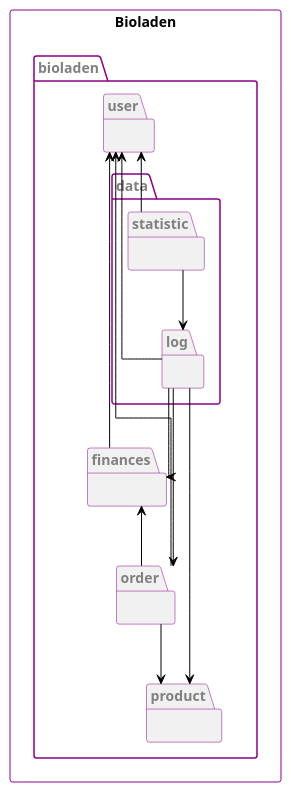
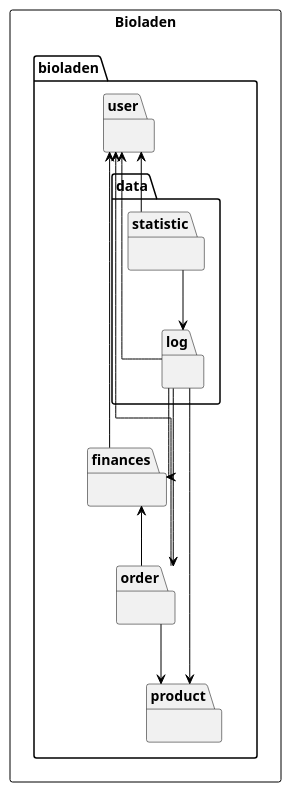
One commit to LimitlessGreen/swt18w43 changed the diagram in src/main/asciidoc/models/design/PackageDiagram.puml. Above: the diagram before and after it, drawn with PlantUML. The commit also changed 6 other files, not shown here.

```diff
--- a/src/main/asciidoc/models/design/PackageDiagram.puml
+++ b/src/main/asciidoc/models/design/PackageDiagram.puml
@@ -1,61 +1,61 @@
 @startuml
 
 skinparam class {
-	BackgroundColor #LightCoral/LightPink
+	BackgroundColor #Silver/white
     BorderColor Black
     ArrowColor  Black
 }
 
 skinparam package {
-    FontColor Grey
-    BorderColor DarkMagenta
+    FontColor black
+    BorderColor black
 }
 
 skinparam classAttributeIconSize 0
 skinparam linetype ortho
 
 
 
 rectangle Bioladen {
     namespace bioladen.user {
 
     }
 
     namespace bioladen.finances {
 
     }
 
     namespace bioladen.data.log {
 
     }
 
     namespace bioladen.data.statistic {
 
     }
 
     namespace bioladen.product {
 
     }
 
     namespace bioladen.order {
 
     }
 
     bioladen.user <-- bioladen.finances
     bioladen.user <-- bioladen.data.log
     bioladen.user <-- bioladen.data.statistic
     bioladen.user <-- bioladen.order
 
     bioladen.finances <-- bioladen.order
 
     bioladen.data.statistic --> bioladen.data.log
 
     bioladen.order --> bioladen.product
 
     bioladen.data.log --> bioladen.order
     bioladen.data.log --> bioladen.product
     bioladen.data.log --> bioladen.finances
 
 }
 
 @enduml
```
